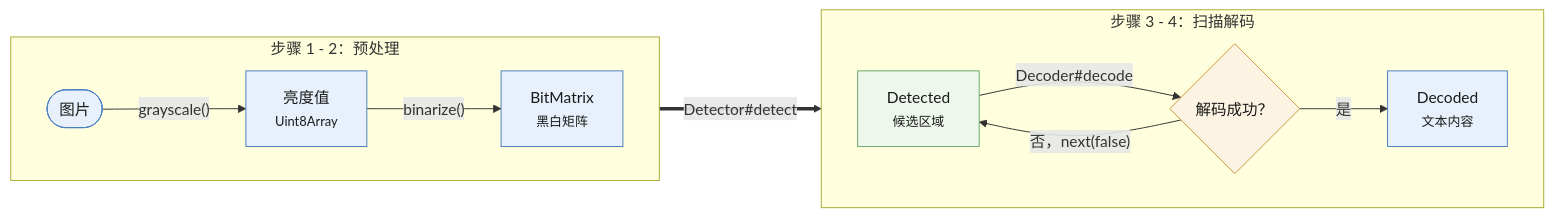
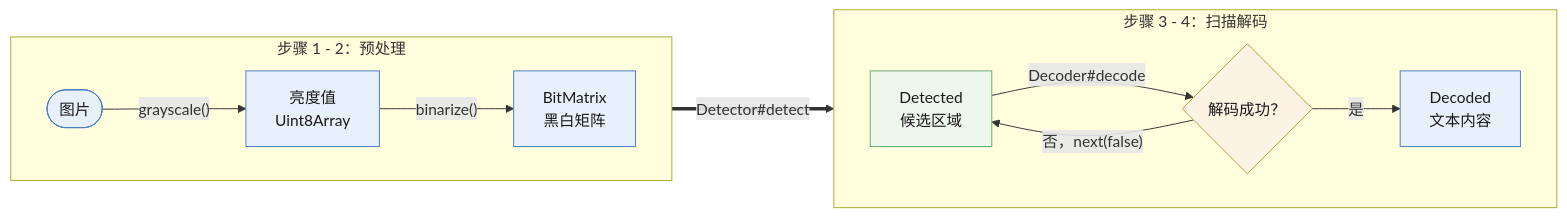
The diagram in packages/core/README.zh-CN.md (nuintun/qrcode), drawn with Mermaid before and after one commit. The commit also changed 3 other files, not shown here.

Commit message:
fix: update line breaks in flowchart descriptions for clarity in English and Chinese README files

````diff
--- a/packages/core/README.zh-CN.md
+++ b/packages/core/README.zh-CN.md
@@ -264,27 +264,27 @@
 ```mermaid
 flowchart LR
   subgraph Preprocess ["步骤 1 - 2：预处理"]
     direction LR
-    A([图片]) -->|"grayscale()"| B["亮度值<br><small>Uint8Array</small>"]
-    B -->|"binarize()"| C["BitMatrix<br><small>黑白矩阵</small>"]
+    A([图片]) -->|"grayscale()"| B["亮度值<br/>Uint8Array"]
+    B -->|"binarize()"| C["BitMatrix<br/>黑白矩阵"]
   end
 
   subgraph Scan ["步骤 3 - 4：扫描解码"]
     direction LR
-    D["Detected<br><small>候选区域</small>"]
+    D["Detected<br/>候选区域"]
     E{"解码成功？"}
-    F["Decoded<br><small>文本内容</small>"]
+    F["Decoded<br/>文本内容"]
   end
 
   C ==>|"Detector#detect"| D
   D -->|"Decoder#decode"| E
   E -->|"是"| F
   E -->|"否，next(false)"| D
 
   classDef data fill:#e8f1fb,stroke:#4a7fc1,color:#1a1a1a
   classDef step fill:#eef7ec,stroke:#6aa96d,color:#1a1a1a
   classDef gate fill:#fdf3e3,stroke:#c9963f,color:#1a1a1a
   class A,B,C,F data
   class D step
   class E gate
 ```
````
